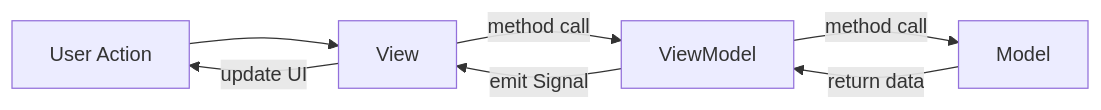
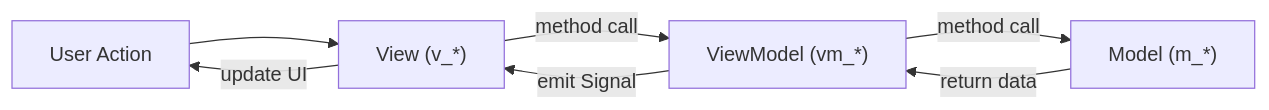
Before and after one commit to CEA-MetroCarac/SPECTROview: the first of 5 diagrams in docs/developer/index.md, drawn with Mermaid. The commit also changed other lines of this file and 5 other files, not shown here.

````diff
--- a/docs/developer/index.md
+++ b/docs/developer/index.md
@@ -9,9 +16,9 @@
 ```mermaid
 graph LR
-    A[User Action] --> B[View]
-    B -->|method call| C[ViewModel]
-    C -->|method call| D[Model]
-    D -->|return data| C
-    C -->|emit Signal| B
-    B -->|update UI| A
+    A["User Action"] --> B["View (v_*)"]
+    B -->|"method call"| C["ViewModel (vm_*)"]
+    C -->|"method call"| D["Model (m_*)"]
+    D -->|"return data"| C
+    C -->|"emit Signal"| B
+    B -->|"update UI"| A
 ```
````
